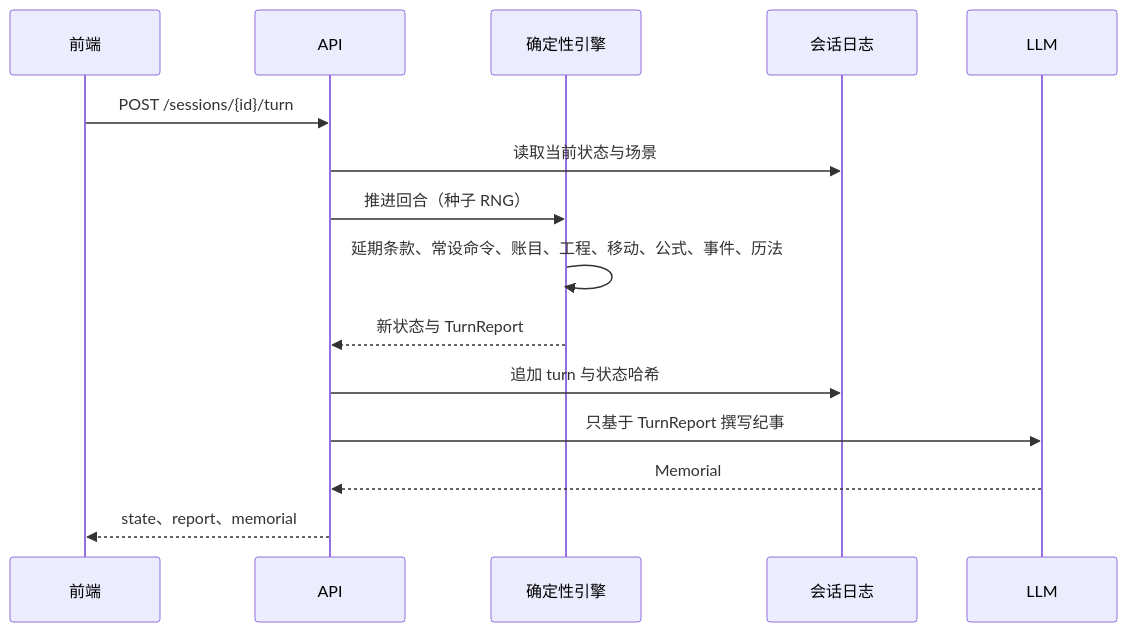
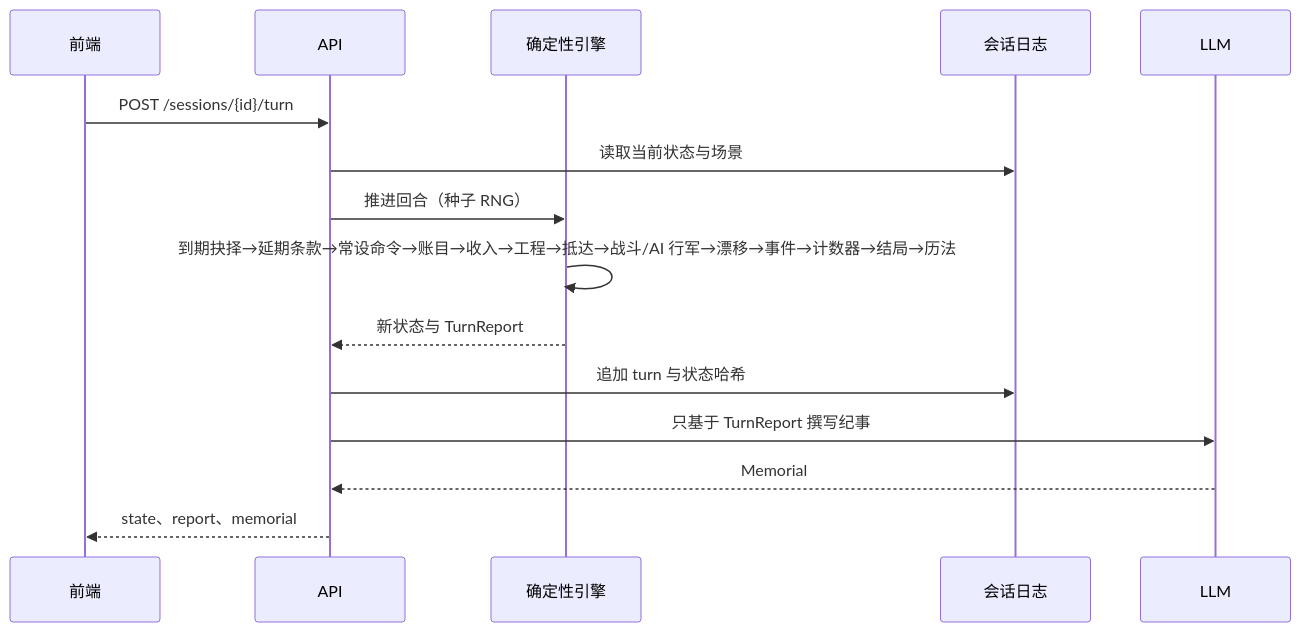
The second of 3 diagrams in ARCHITECTURE.md (Yi-111-a/llm-sim-game-template), drawn with Mermaid before and after one commit. The commit also changed other lines of this file and 50 other files, not shown here.

````diff
--- a/ARCHITECTURE.md
+++ b/ARCHITECTURE.md
@@ -21,17 +21,17 @@
 ```mermaid
 sequenceDiagram
   participant UI as 前端
   participant API
   participant Core as 确定性引擎
   participant Store as 会话日志
   participant LLM
   UI->>API: POST /sessions/{id}/turn
   API->>Store: 读取当前状态与场景
   API->>Core: 推进回合（种子 RNG）
-  Core->>Core: 延期条款、常设命令、账目、工程、移动、公式、事件、历法
+  Core->>Core: 到期抉择→延期条款→常设命令→账目→收入→工程→抵达→战斗/AI 行军→漂移→事件→计数器→结局→历法
   Core-->>API: 新状态与 TurnReport
   API->>Store: 追加 turn 与状态哈希
   API->>LLM: 只基于 TurnReport 撰写纪事
   LLM-->>API: Memorial
   API-->>UI: state、report、memorial
 ```
````
